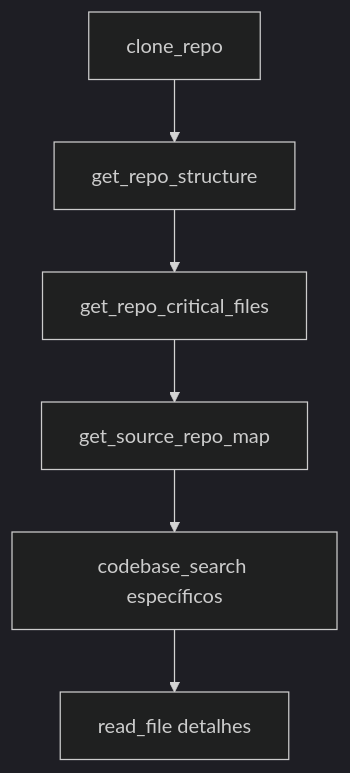
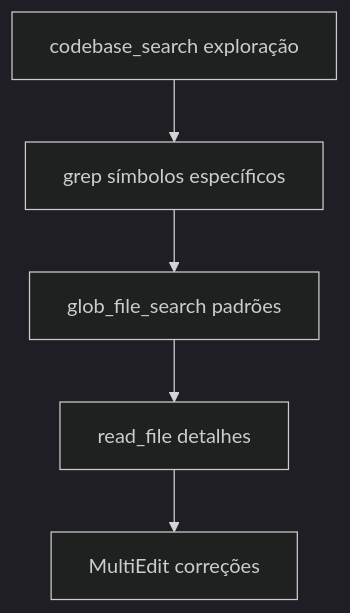
One commit to marciocar/onion-evolve changed the first of 3 diagrams in docs/onion/tools-reference.md. Above: the diagram before and after it, drawn with Mermaid (dark theme). The commit also changed other lines of this file and 6 other files, not shown here.

````diff
--- a/docs/onion/tools-reference.md
+++ b/docs/onion/tools-reference.md
@@ -1004,8 +675,7 @@
 ```mermaid
 graph TD
-    A[clone_repo] --> B[get_repo_structure]
-    B --> C[get_repo_critical_files]
-    C --> D[get_source_repo_map]
-    D --> E[codebase_search específicos]
-    E --> F[read_file detalhes]
+    A[codebase_search exploração] --> B[grep símbolos específicos]
+    B --> C[glob_file_search padrões]
+    C --> D[read_file detalhes]
+    D --> E[MultiEdit correções]
 ```
````
